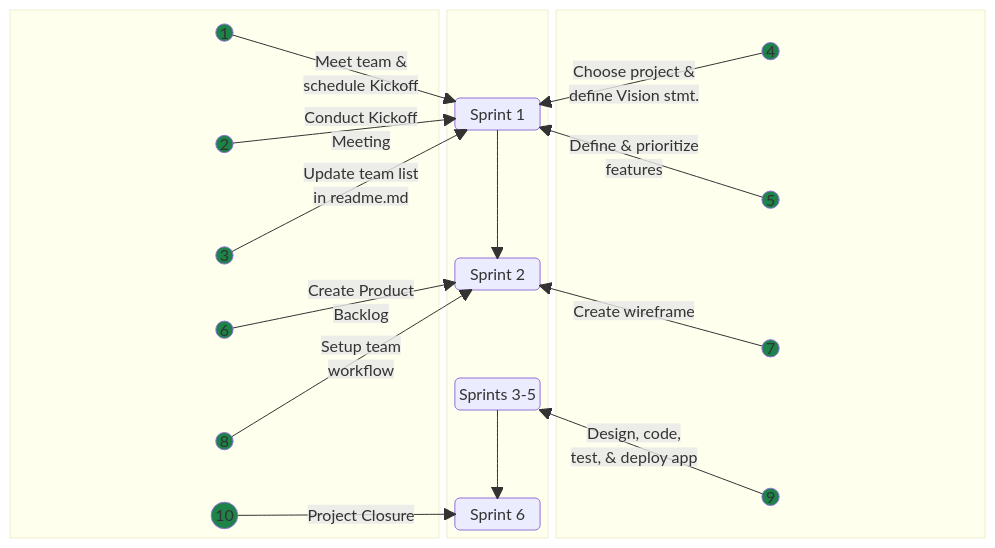
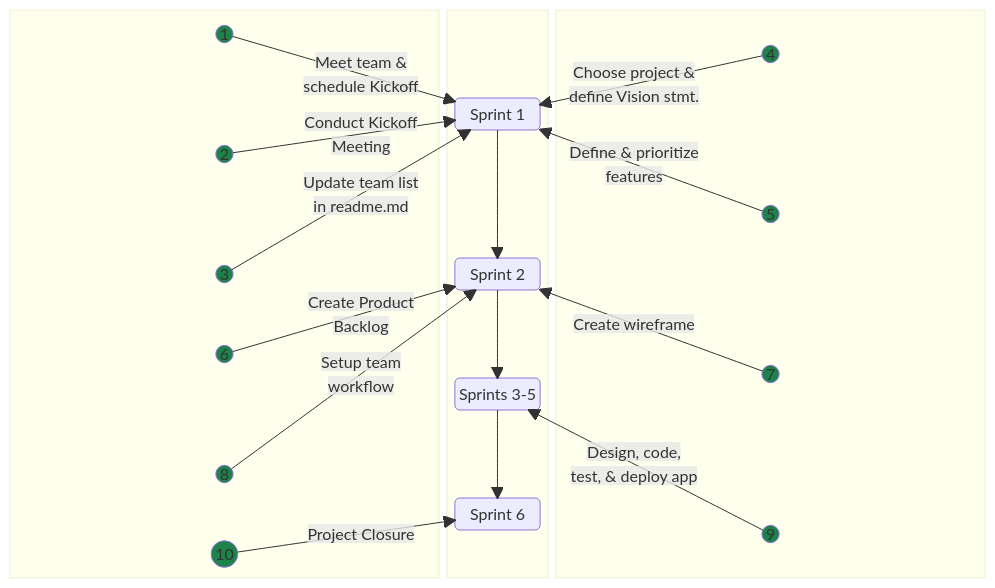
Before and after one commit to jdmedlock/mermaid_testing: the diagram in README.md, drawn with Mermaid.

Commit message:
Feature: Recreate linear sprint diagram

````diff
--- a/README.md
+++ b/README.md
@@ -4,75 +4,77 @@
 ```mermaid
   block-beta
     columns 9
     block:LEFT:4
       columns 1
       A1(("1"))
       space
       space
       A2(("2"))
       space
       space
       A3(("3"))
       space
       A6(("6"))
       space
       space
       A8(("8"))
       space
       A10(("10"))
     end
     
     block:CENTER:1
       columns 1
       space
       space
       SPRINT1("Sprint 1")
       space
       space
       space
       SPRINT2("Sprint 2")
       space
       space
       SPRINT35("Sprints 3-5")
       space
       space
       SPRINT6("Sprint 6")
+      space
     end
     
     block:RIGHT:4
       columns 1
       A4(("4"))
       space
       A5(("5"))
       space
       A7(("7"))
       space
       A9(("9"))
     end
 
     SPRINT1 --> SPRINT2
+    SPRINT2 --> SPRINT35
     SPRINT35 --> SPRINT6
 
     A1 -- "Meet team &</br>schedule Kickoff" --> SPRINT1
     A2 -- "Conduct Kickoff</br>Meeting" --> SPRINT1
     A3 -- "Update team list</br>in readme.md" --> SPRINT1
     A4 -- "Choose project &</br>define Vision stmt." --> SPRINT1
     A5 -- "Define & prioritize</br>features" --> SPRINT1
     A6 -- "Create Product</br>Backlog" --> SPRINT2
     A7 -- "Create wireframe" --> SPRINT2
     A8 -- "Setup team</br>workflow" --> SPRINT2
     A9 -- "Design, code,</br>test, & deploy app" --> SPRINT35
     A10 -- "Project Closure" --> SPRINT6
 
     style A1 fill:#1d8348
     style A2 fill:#1d8348
     style A3 fill:#1d8348
     style A4 fill:#1d8348
     style A5 fill:#1d8348
     style A6 fill:#1d8348
     style A7 fill:#1d8348
     style A8 fill:#1d8348
     style A9 fill:#1d8348
     style A10 fill:#1d8348
 
 ```
````
